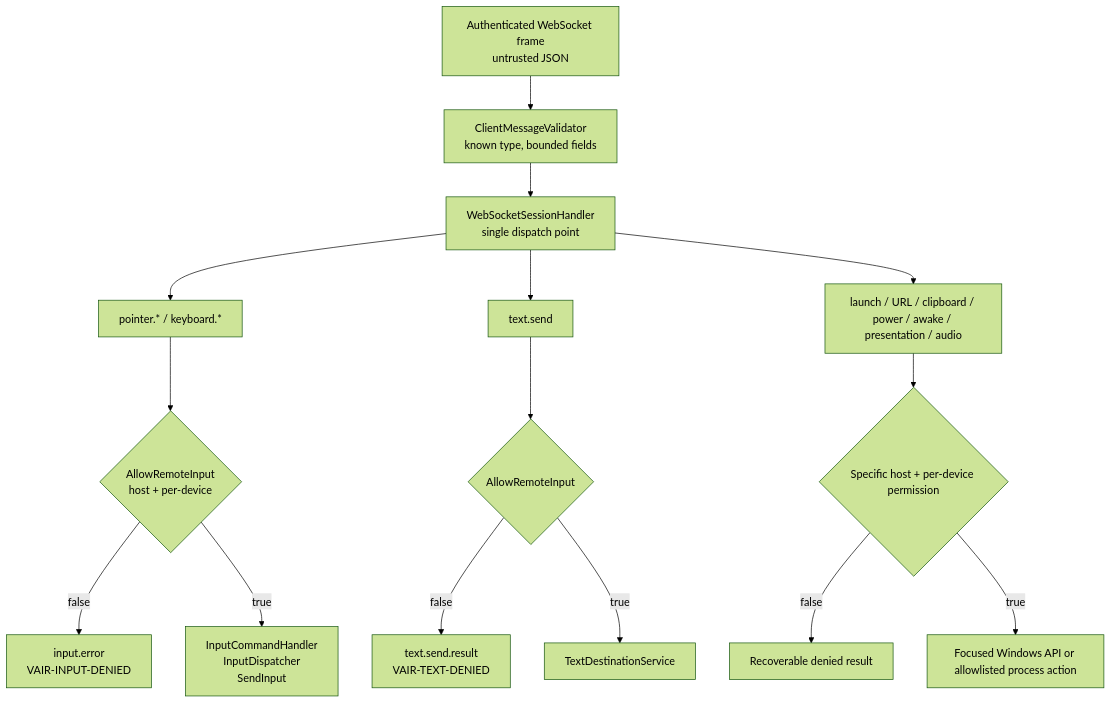
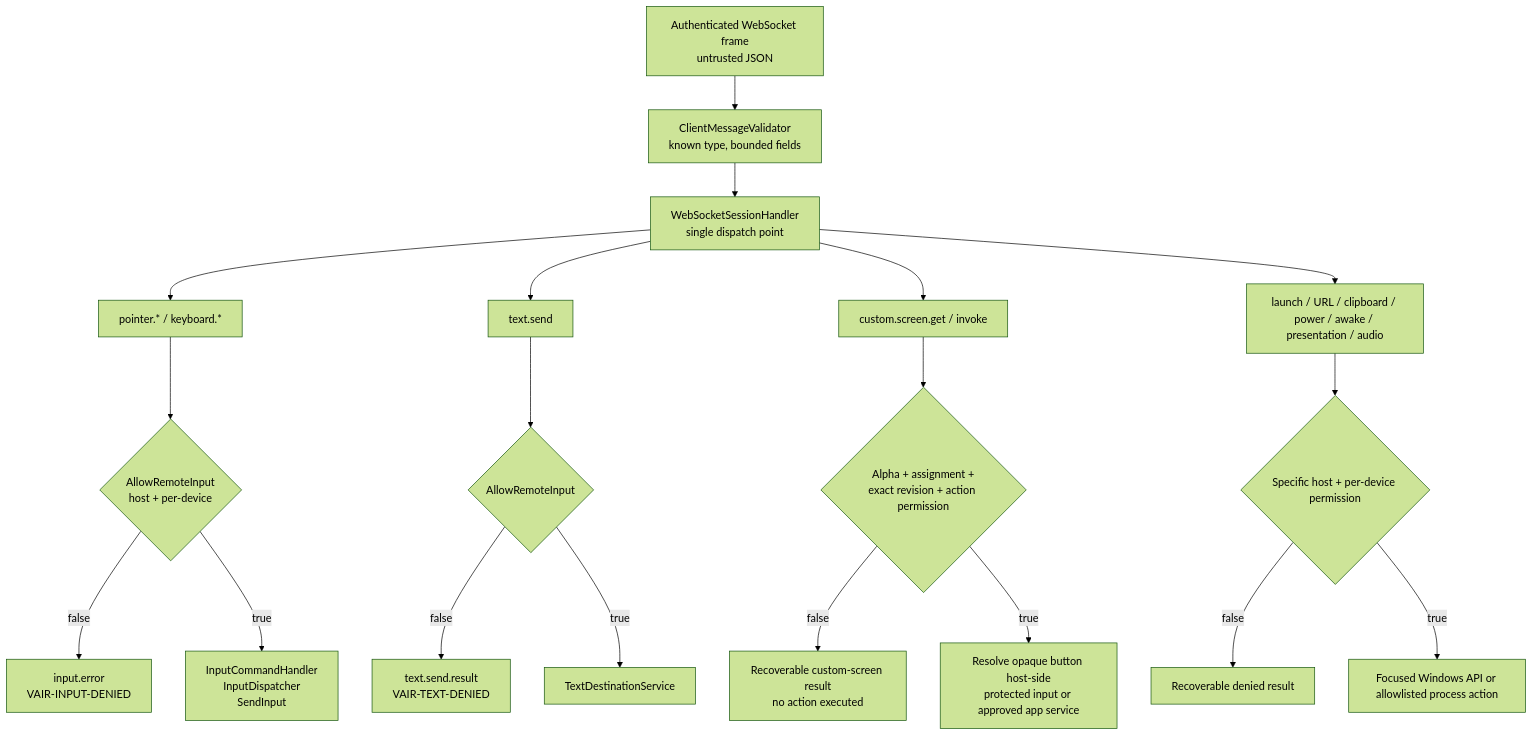
The third of 4 diagrams in docs/security-architecture-diagrams.md (voltura/voltura-air), drawn with Mermaid (forest theme) before and after one commit. The commit also changed other lines of this file and 149 other files, not shown here.

````diff
--- a/docs/security-architecture-diagrams.md
+++ b/docs/security-architecture-diagrams.md
@@ -54,20 +59,25 @@
 ```mermaid
 flowchart TD
   Frame["Authenticated WebSocket frame\nuntrusted JSON"] --> Validate["ClientMessageValidator\nknown type, bounded fields"]
   Validate --> Dispatch["WebSocketSessionHandler\nsingle dispatch point"]
 
   Dispatch --> Input["pointer.* / keyboard.*"]
   Input --> RemoteInput{"AllowRemoteInput\nhost + per-device"}
   RemoteInput -- "false" --> InputDenied["input.error\nVAIR-INPUT-DENIED"]
   RemoteInput -- "true" --> SendInput["InputCommandHandler\nInputDispatcher\nSendInput"]
 
   Dispatch --> Text["text.send"]
   Text --> TextPerm{"AllowRemoteInput"}
   TextPerm -- "false" --> TextDenied["text.send.result\nVAIR-TEXT-DENIED"]
   TextPerm -- "true" --> TextSink["TextDestinationService"]
 
+  Dispatch --> Custom["custom.screen.get / invoke"]
+  Custom --> CustomGate{"Alpha + assignment +\nexact revision + action permission"}
+  CustomGate -- "false" --> CustomDenied["Recoverable custom-screen result\nno action executed"]
+  CustomGate -- "true" --> OpaqueAction["Resolve opaque button host-side\nprotected input or approved app service"]
+
   Dispatch --> Privileged["launch / URL / clipboard / power / awake / presentation / audio"]
   Privileged --> SpecificPerm{"Specific host + per-device permission"}
   SpecificPerm -- "false" --> RecoverableDeny["Recoverable denied result"]
   SpecificPerm -- "true" --> WindowsAction["Focused Windows API or allowlisted process action"]
 ```
````
